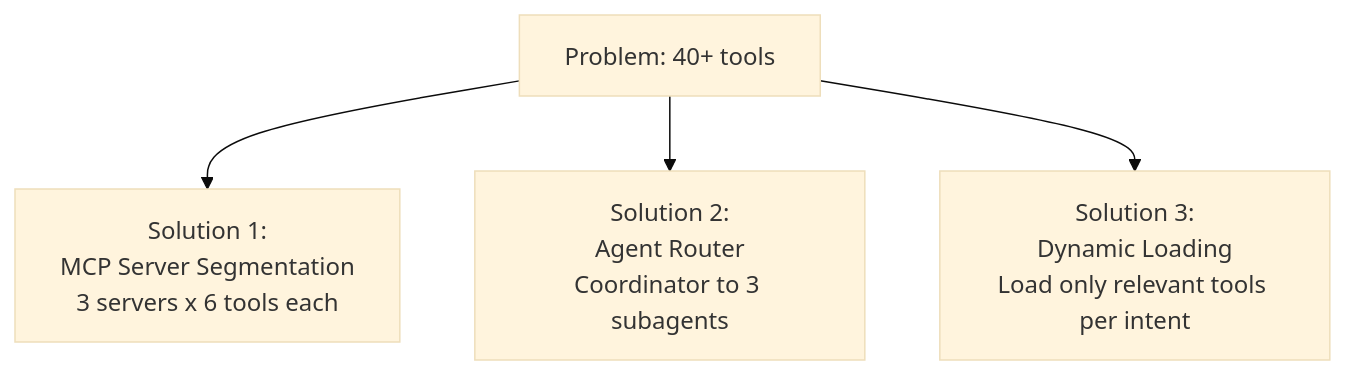
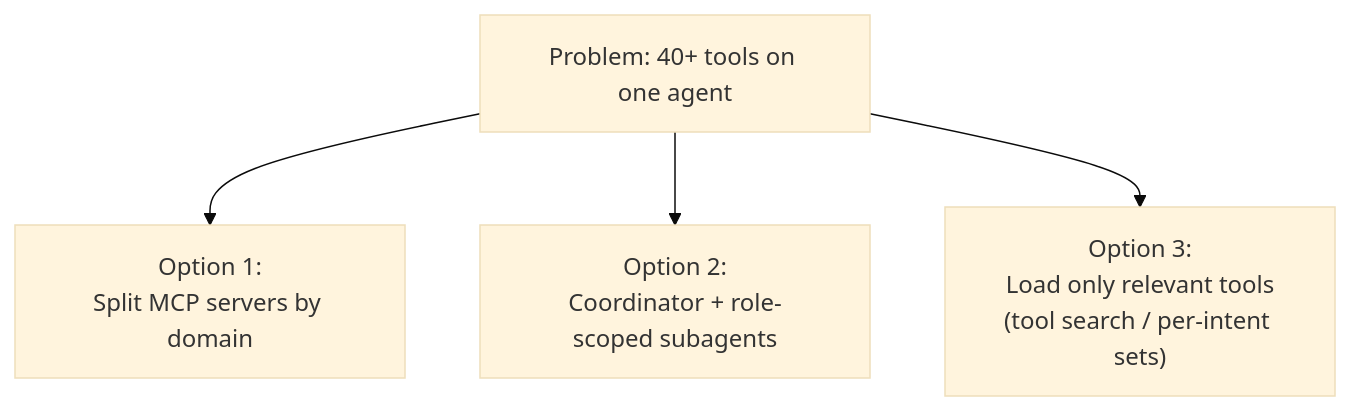
Before and after one commit to ajeetchouksey/ajch_skillup: the first of 8 diagrams in content/skillup/ccaf/notes/d4-tool-design-mcp.md, drawn with Mermaid (base theme). The commit also changed other lines of this file and 157 other files, not shown here.

````diff
--- a/content/skillup/ccaf/notes/d4-tool-design-mcp.md
+++ b/content/skillup/ccaf/notes/d4-tool-design-mcp.md
@@ -41,10 +38,10 @@
 ```mermaid
 graph TD
-    P["Problem: 40+ tools"] --> S1
+    P["Problem: 40+ tools on one agent"] --> S1
     P --> S2
     P --> S3
-    
-    S1["Solution 1:<br/>MCP Server Segmentation<br/>3 servers x 6 tools each"]
-    S2["Solution 2:<br/>Agent Router<br/>Coordinator to 3 subagents"]
-    S3["Solution 3:<br/>Dynamic Loading<br/>Load only relevant tools per intent"]
+
+    S1["Option 1:<br/>Split MCP servers by domain"]
+    S2["Option 2:<br/>Coordinator + role-scoped subagents"]
+    S3["Option 3:<br/>Load only relevant tools<br/>(tool search / per-intent sets)"]
 ```
````
